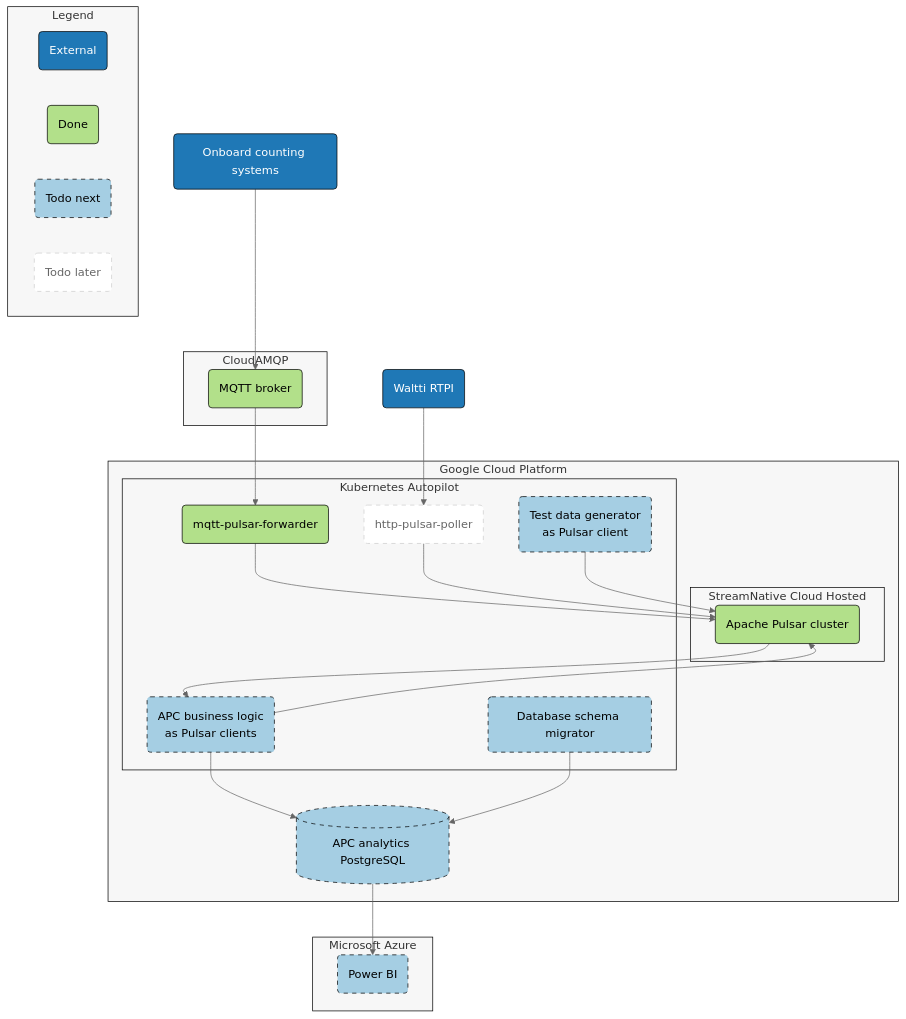
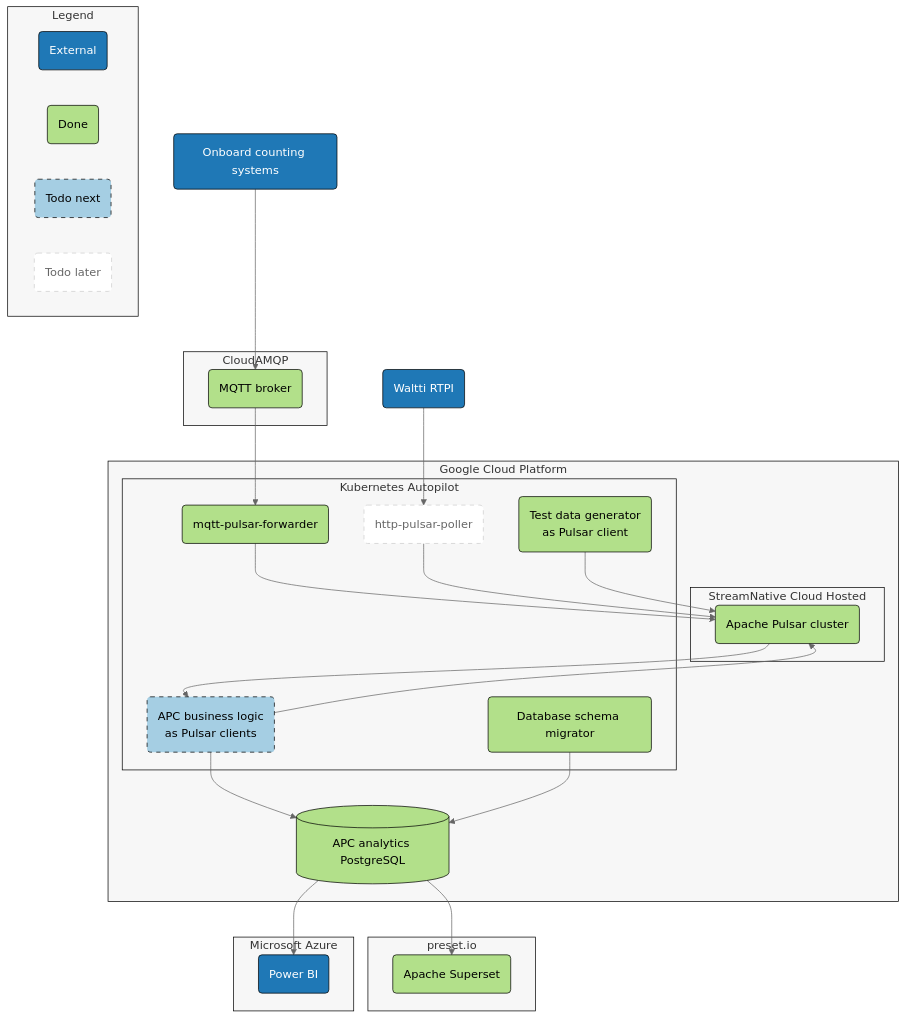
One commit to tvv-lippu-ja-maksujarjestelma-oy/waltti-apc changed the first of 2 diagrams in README.md. Above: the diagram before and after it, drawn with Mermaid (neutral theme). The commit also changed other lines of this file, not shown here.

Commit message:
Update architecture diagrams

```diff
--- a/README.md
+++ b/README.md
@@ -30,6 +30,9 @@
     end
     db[("APC analytics PostgreSQL")]
   end
+  subgraph preset ["preset.io"]
+    superset("Apache Superset")
+  end
   subgraph azure ["Microsoft Azure"]
     powerbi("Power BI")
   end
@@ -47,6 +50,7 @@
   pulsarclients --> db
   dbschemamigrator --> db
   db --> powerbi
+  db --> superset
 
   %% Styling
 
@@ -56,25 +60,27 @@
   class streamnative env
   class cloudamqp env
   class azure env
+  class preset env
 
   classDef external fill:#1f78b6,stroke:#000,color:#fff
   class onboard external
   class rtpi external
+  class powerbi external
 
   classDef done fill:#b2e08a,stroke:#000
   class mqtt done
   class pulsar done
   class mqttpulsarforwarder done
+  class superset done
+  class dbschemamigrator done
+  class testdatagenerator done
+  class db done
 
   classDef later fill:#fff,stroke:#ccc,stroke-width:1px,color:#666,stroke-dasharray: 6 6
   class httppulsarpoller later
 
   classDef next fill:#a5cee3,stroke:#000,stroke-width:1px,color:#000,stroke-dasharray: 6 6
-  class testdatagenerator next
   class pulsarclients next
-  class dbschemamigrator next
-  class db next
-  class powerbi next
 
   %% Legend
 
```
